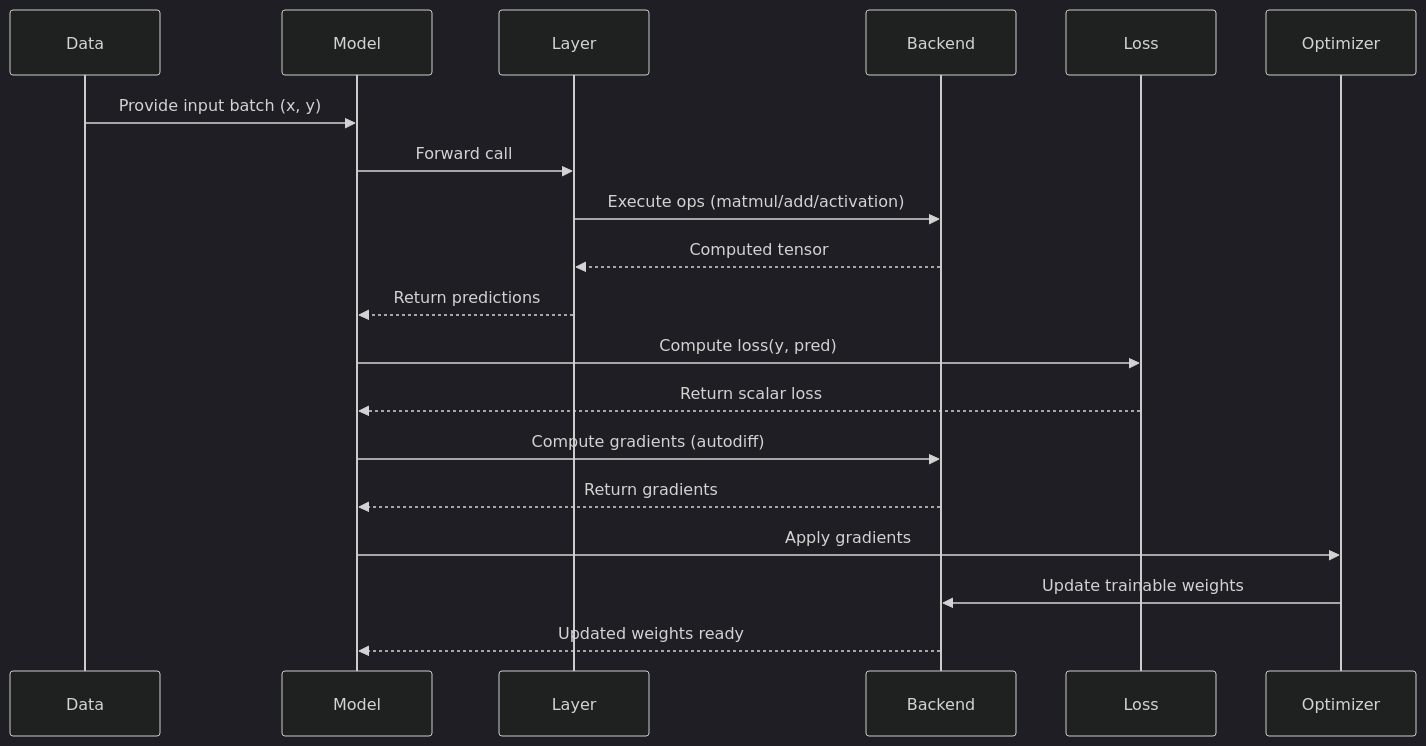
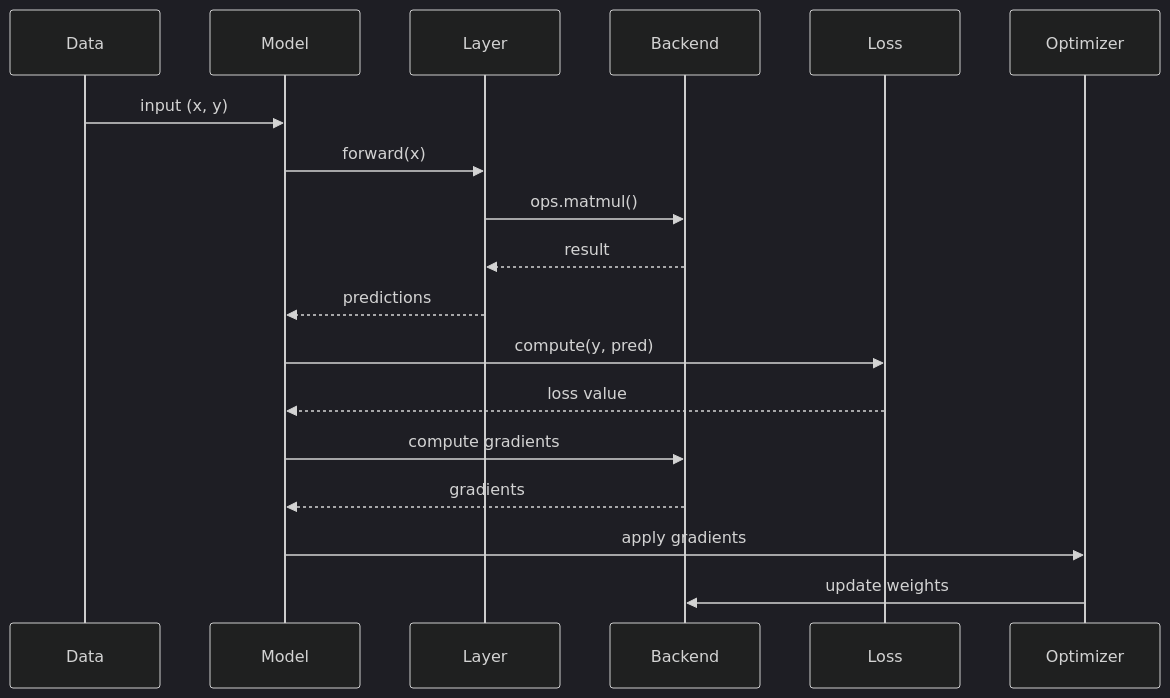
One commit to rado4002/keras-architecture-recovery changed the first of 3 diagrams in weeks/week03/docs/Reading Note3.md. Above: the diagram before and after it, drawn with Mermaid (dark theme). The commit also changed other lines of this file, not shown here.

Commit message:
Fix Week 03 Reading Note 3 markdown and Mermaid formatting

````diff
--- a/weeks/week03/docs/Reading Note3.md
+++ b/weeks/week03/docs/Reading Note3.md
@@ -48,26 +48,25 @@
 ```mermaid
 sequenceDiagram
     participant Data
     participant Model
     participant Layer
     participant Backend
     participant Loss
     participant Optimizer
 
-    Data->>Model: Provide input batch (x, y)
+    Data->>Model: input (x, y)
 
-    Model->>Layer: Forward call
-    Layer->>Backend: Execute ops (matmul/add/activation)
-    Backend-->>Layer: Computed tensor
-    Layer-->>Model: Return predictions
+    Model->>Layer: forward(x)
+    Layer->>Backend: ops.matmul()
+    Backend-->>Layer: result
+    Layer-->>Model: predictions
 
-    Model->>Loss: Compute loss(y, pred)
-    Loss-->>Model: Return scalar loss
+    Model->>Loss: compute(y, pred)
+    Loss-->>Model: loss value
 
-    Model->>Backend: Compute gradients (autodiff)
-    Backend-->>Model: Return gradients
+    Model->>Backend: compute gradients
+    Backend-->>Model: gradients
 
-    Model->>Optimizer: Apply gradients
-    Optimizer->>Backend: Update trainable weights
-    Backend-->>Model: Updated weights ready
+    Model->>Optimizer: apply gradients
+    Optimizer->>Backend: update weights
 ```
````
